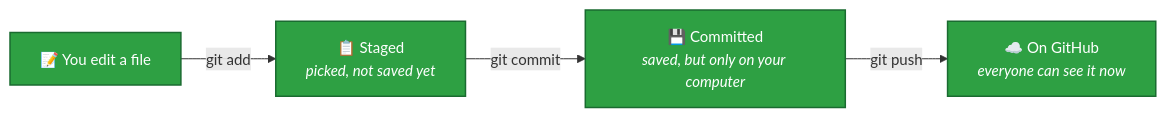
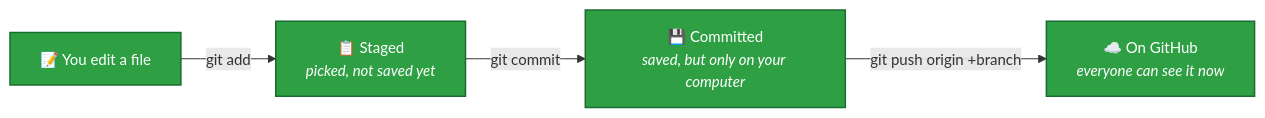
The second of 2 diagrams in Knowledge/03-everyday-workflow.md (bhuvi-garg/Med-Verify), drawn with Mermaid before and after one commit. The commit also changed other lines of this file and 7 other files, not shown here.

````diff
--- a/Knowledge/03-everyday-workflow.md
+++ b/Knowledge/03-everyday-workflow.md
@@ -129,10 +153,10 @@
 ```mermaid
 %%{init: {"flowchart": {"curve": "basis"}, "themeVariables": {"fontSize": "15px"}} }%%
 flowchart LR
     A["📝 You edit a file"] -- "git add" --> B["📋 Staged<br/><i>picked, not saved yet</i>"]
     B -- "git commit" --> C["💾 Committed<br/><i>saved, but only on your computer</i>"]
-    C -- "git push" --> D["☁️ On GitHub<br/><i>everyone can see it now</i>"]
+    C -- "git push origin +branch" --> D["☁️ On GitHub<br/><i>everyone can see it now</i>"]
 
     classDef step fill:#2ea043,stroke:#1a6b30,color:#ffffff,stroke-width:1.5px;
     class A,B,C,D step;
 ```
````
